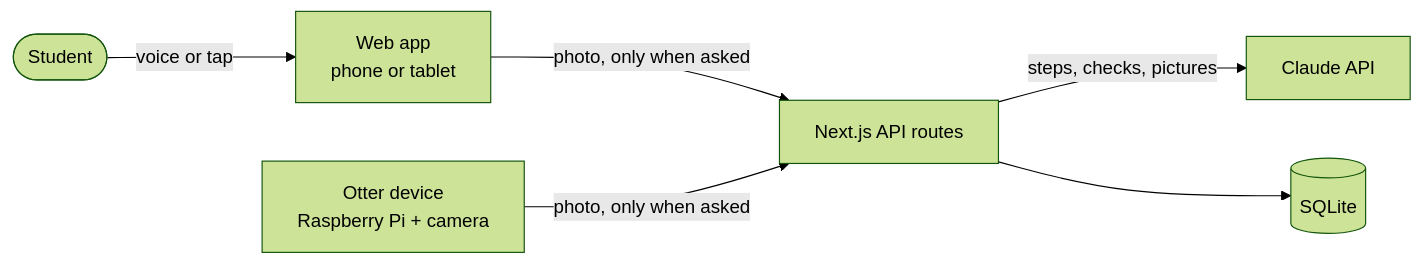
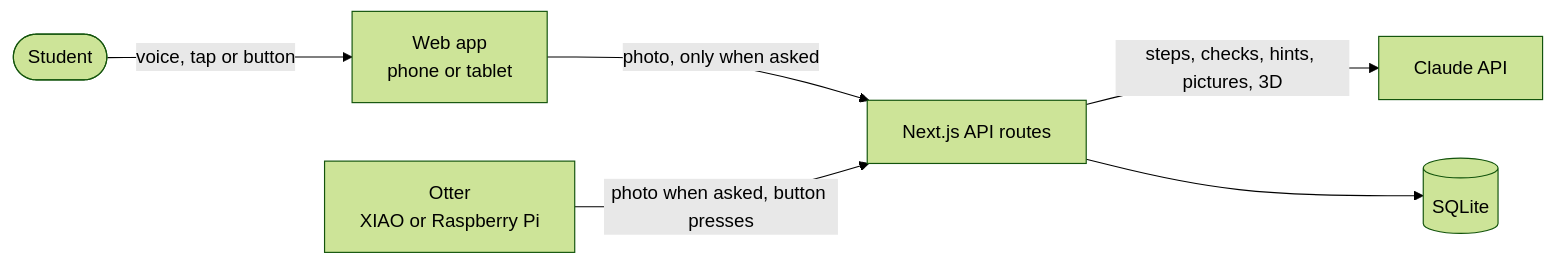
One commit to SankrityaT/otto-app changed the diagram in README.md. Above: the diagram before and after it, drawn with Mermaid (forest theme). The commit also changed other lines of this file and 2 other files, not shown here.

````diff
--- a/README.md
+++ b/README.md
@@ -42,8 +43,8 @@
 ```mermaid
 flowchart LR
-    student([Student]) -->|voice or tap| web[Web app<br/>phone or tablet]
+    student([Student]) -->|voice, tap or button| web[Web app<br/>phone or tablet]
     web -->|photo, only when asked| api[Next.js API routes]
-    otter[Otter device<br/>Raspberry Pi + camera] -->|photo, only when asked| api
-    api -->|steps, checks, pictures| claude[Claude API]
+    otter[Otter<br/>XIAO or Raspberry Pi] -->|photo when asked, button presses| api
+    api -->|steps, checks, hints, pictures, 3D| claude[Claude API]
     api --> db[(SQLite)]
 ```
````
